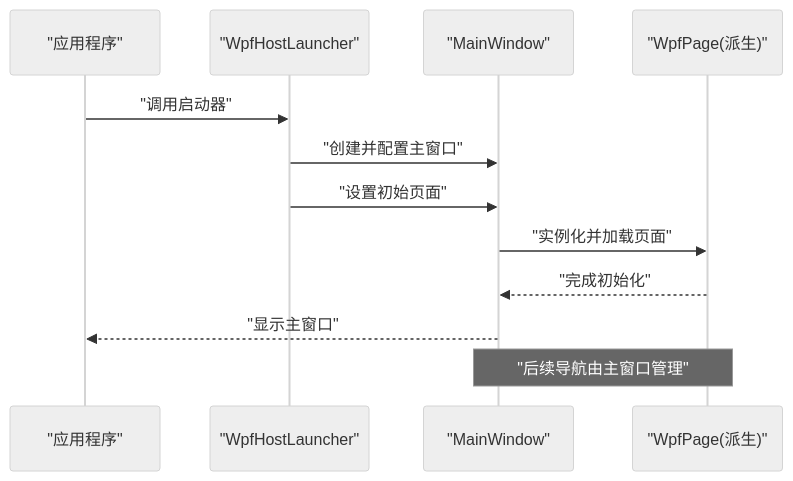
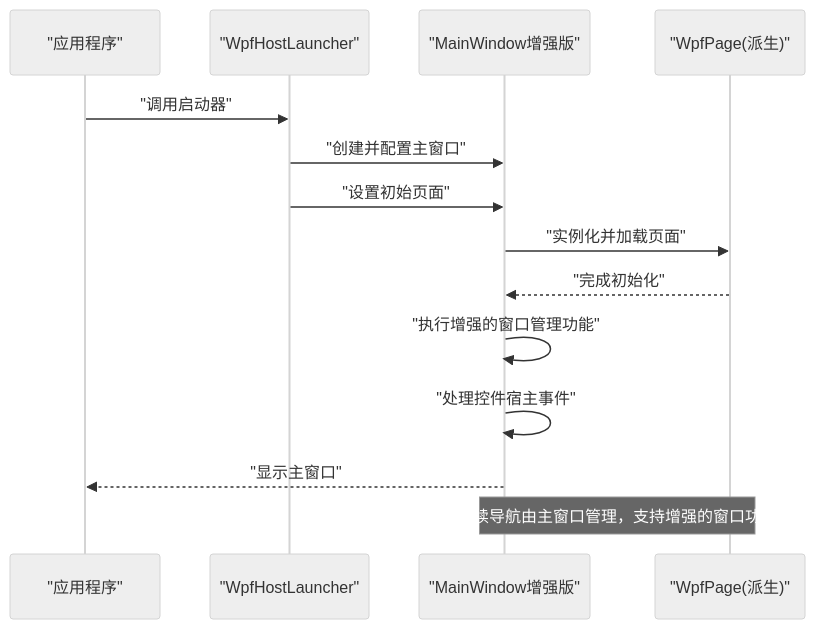
The second of 3 diagrams in .qoder/repowiki/zh/content/WPF宿主层.md (fuweiq94-cloud/3399180760), drawn with Mermaid (neutral theme) before and after one commit. The commit also changed other lines of this file and 22 other files, not shown here.

````diff
--- a/.qoder/repowiki/zh/content/WPF宿主层.md
+++ b/.qoder/repowiki/zh/content/WPF宿主层.md
@@ -79,14 +89,16 @@
 ```mermaid
 sequenceDiagram
 participant App as "应用程序"
 participant Launcher as "WpfHostLauncher"
-participant Window as "MainWindow"
+participant Window as "MainWindow增强版"
 participant Page as "WpfPage(派生)"
 App->>Launcher : "调用启动器"
 Launcher->>Window : "创建并配置主窗口"
 Launcher->>Window : "设置初始页面"
 Window->>Page : "实例化并加载页面"
 Page-->>Window : "完成初始化"
+Window->>Window : "执行增强的窗口管理功能"
+Window->>Window : "处理控件宿主事件"
 Window-->>App : "显示主窗口"
-Note over Window,Page : "后续导航由主窗口管理"
+Note over Window,Page : "后续导航由主窗口管理，支持增强的窗口功能"
 ```
````
